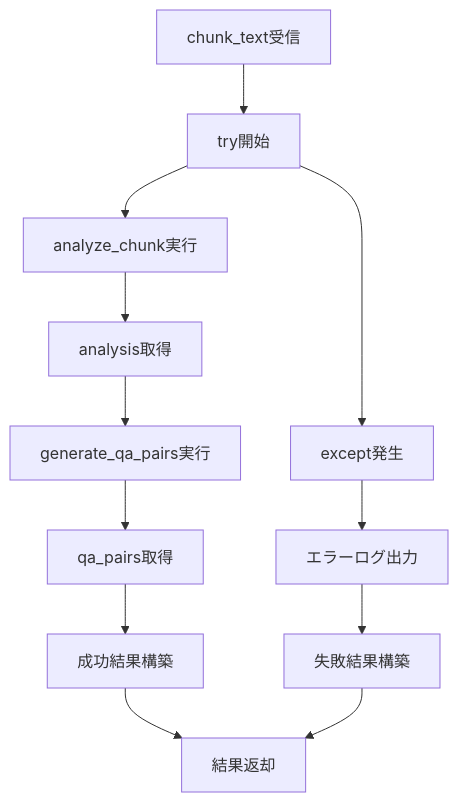
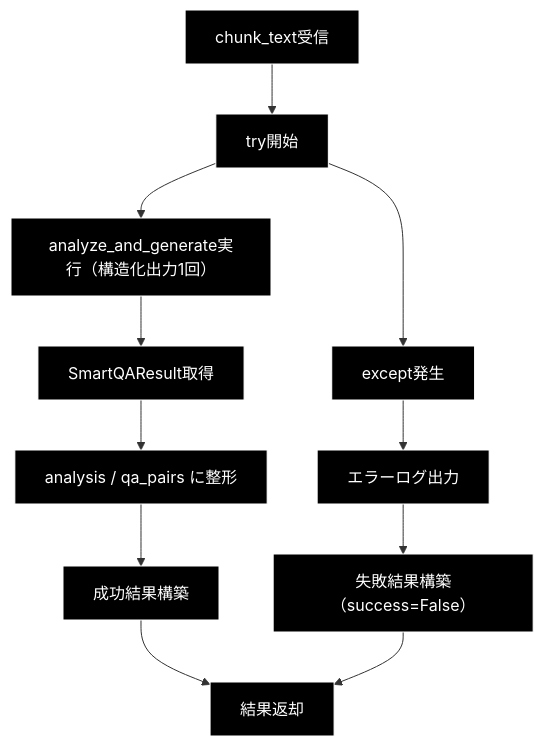
The fifth of 6 diagrams in qa_generation/doc/smart_qa_generator.md (nakashima2toshio/ollama_grace_agent_v2), drawn with Mermaid before and after one commit. The commit also changed other lines of this file and 7 other files, not shown here.

````diff
--- a/qa_generation/doc/smart_qa_generator.md
+++ b/qa_generation/doc/smart_qa_generator.md
@@ -339,14 +285,16 @@
 ```mermaid
 flowchart TD
-    A[chunk_text受信] --> B[try開始]
-    B --> C[analyze_chunk実行]
-    C --> D[analysis取得]
-    D --> E[generate_qa_pairs実行]
-    E --> F[qa_pairs取得]
-    F --> G[成功結果構築]
-    G --> H[結果返却]
-    B --> I[except発生]
-    I --> J[エラーログ出力]
-    J --> K[失敗結果構築]
+    A["chunk_text受信"] --> B["try開始"]
+    B --> C["analyze_and_generate実行（構造化出力1回）"]
+    C --> D["SmartQAResult取得"]
+    D --> E["analysis / qa_pairs に整形"]
+    E --> G["成功結果構築"]
+    G --> H["結果返却"]
+    B --> I["except発生"]
+    I --> J["エラーログ出力"]
+    J --> K["失敗結果構築（success=False）"]
     K --> H
+classDef default fill:#000,stroke:#fff,color:#fff
+classDef subgraphStyle fill:#1a1a1a,stroke:#fff,color:#fff
+class A,B,C,D,E,G,H,I,J,K default
 ```
````
